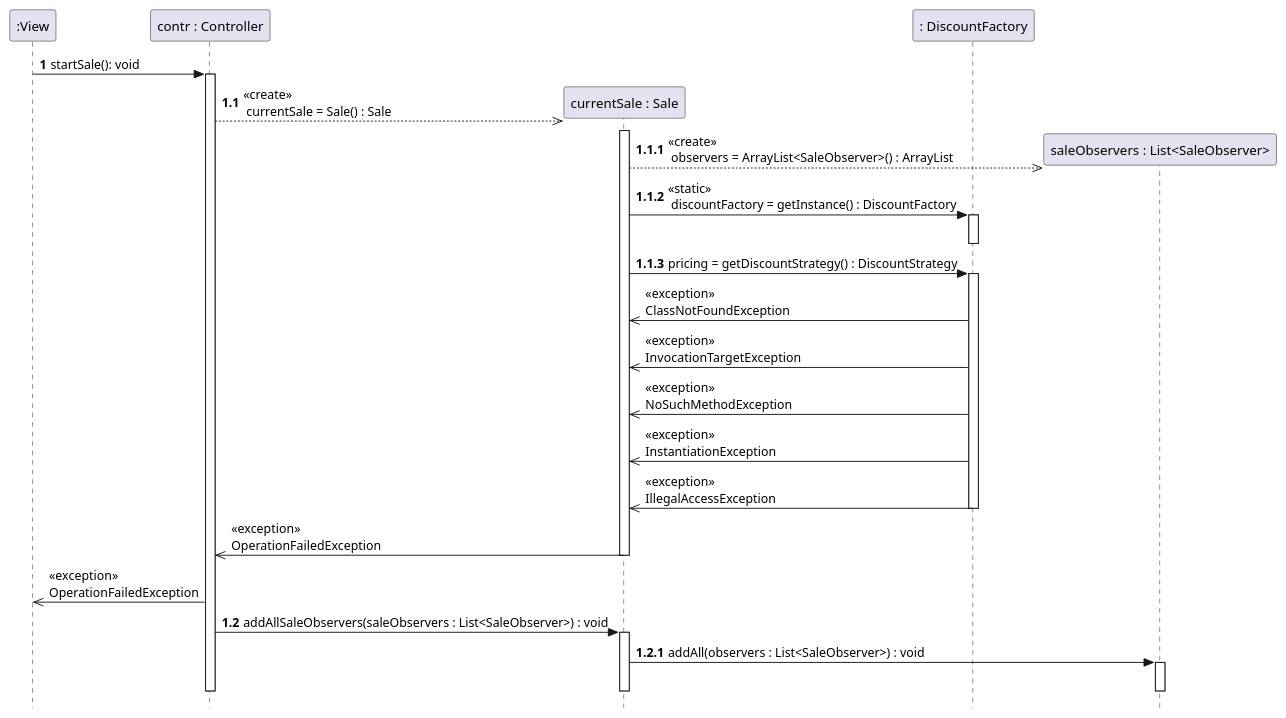
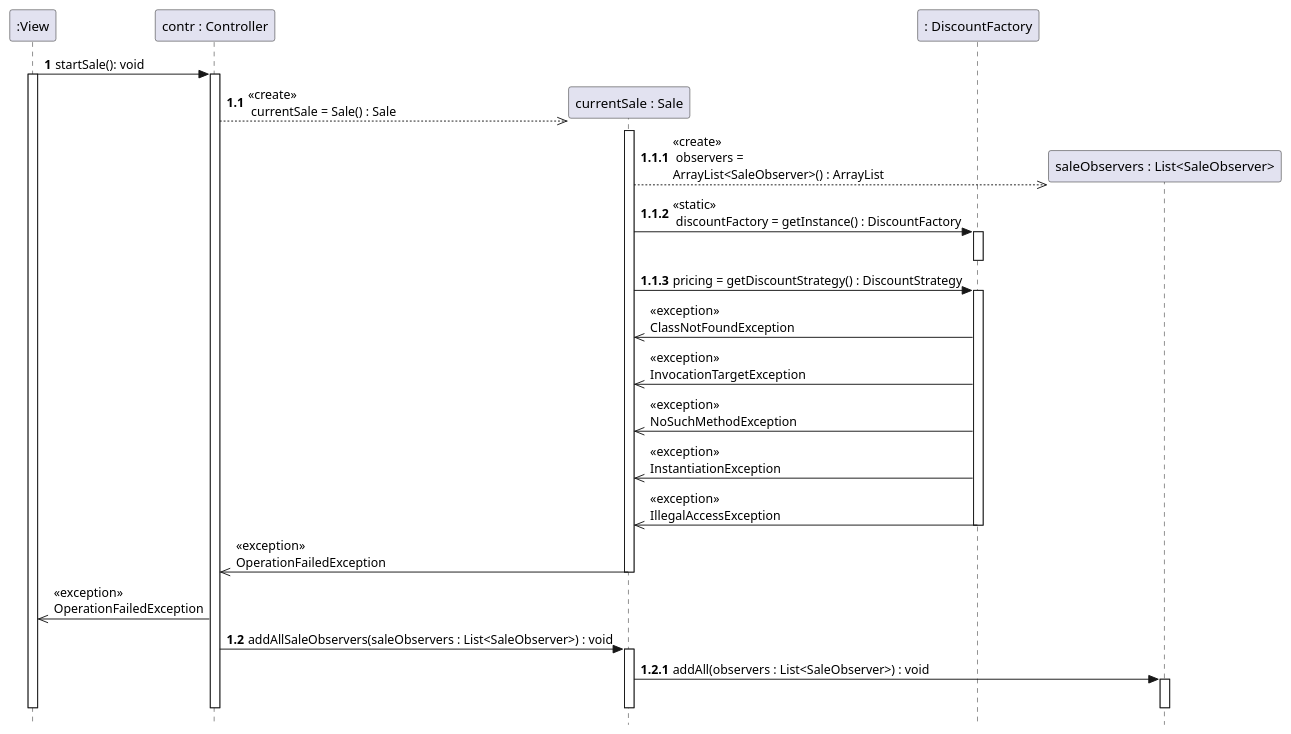
The fourth of 13 diagrams in uml/uml_v3.puml (VincentFerrigan/kth-iv1350-object-oriented-design), drawn with PlantUML before and after one commit. The commit also changed other lines of this file, not shown here.

Commit message:
Updating set up, start sale and reg item. Incl. refs

```diff
--- a/uml/uml_v3.puml
+++ b/uml/uml_v3.puml
@@ -608,56 +612,58 @@
 @startuml
 skinparam style strictuml
 
 'autoactivate on 'TODO activationbars!!!!!!!
 ' actor user
 hide unlinked
 'title "startSale"
 participant ":View" as View
 participant "contr : Controller" as contr
 participant "currentSale : Sale" as currentSale
 participant ": DiscountFactory" as DiscountFactory
 participant "saleObservers : List<SaleObserver>" as saleObservers
 
 autonumber 1
 View -> contr : startSale(): void
+activate View
 activate contr
 
 autonumber 1.1
 create currentSale
 contr -[dashed]->> currentSale :  <<create>>\n currentSale = Sale() : Sale
 activate currentSale
 autonumber 1.1.1
 create saleObservers
-currentSale -[dashed]->> saleObservers : <<create>>\n observers = ArrayList<SaleObserver>() : ArrayList
+currentSale -[dashed]->> saleObservers : <<create>>\n observers =\nArrayList<SaleObserver>() : ArrayList
 autonumber 1.1.2
 currentSale -> DiscountFactory : <<static>>\n discountFactory = getInstance() : DiscountFactory
 activate DiscountFactory
 deactivate DiscountFactory
 currentSale -> DiscountFactory : pricing = getDiscountStrategy() : DiscountStrategy
 
 'Hur lägga till brytningen som Leif har i sitt exempel?
 autonumber 1.1.3
 activate DiscountFactory
 autonumber stop
 currentSale <<- DiscountFactory : <<exception>>\nClassNotFoundException
 currentSale <<- DiscountFactory : <<exception>>\nInvocationTargetException
 currentSale <<- DiscountFactory : <<exception>>\nNoSuchMethodException
 currentSale <<- DiscountFactory : <<exception>>\nInstantiationException
 currentSale <<- DiscountFactory : <<exception>>\nIllegalAccessException
 deactivate DiscountFactory
 contr <<- currentSale : <<exception>>\nOperationFailedException
 deactivate currentSale
 View <<- contr : <<exception>>\nOperationFailedException
 autonumber 1.2
 contr -> currentSale : addAllSaleObservers(saleObservers : List<SaleObserver>) : void
 activate currentSale
 autonumber 1.2.1
 currentSale -> saleObservers : addAll(observers : List<SaleObserver>) : void
 activate saleObservers
 deactivate saleObservers
 deactivate currentSale
 
 deactivate contr
+deactivate View
 
 autonumber stop
 @enduml
```
